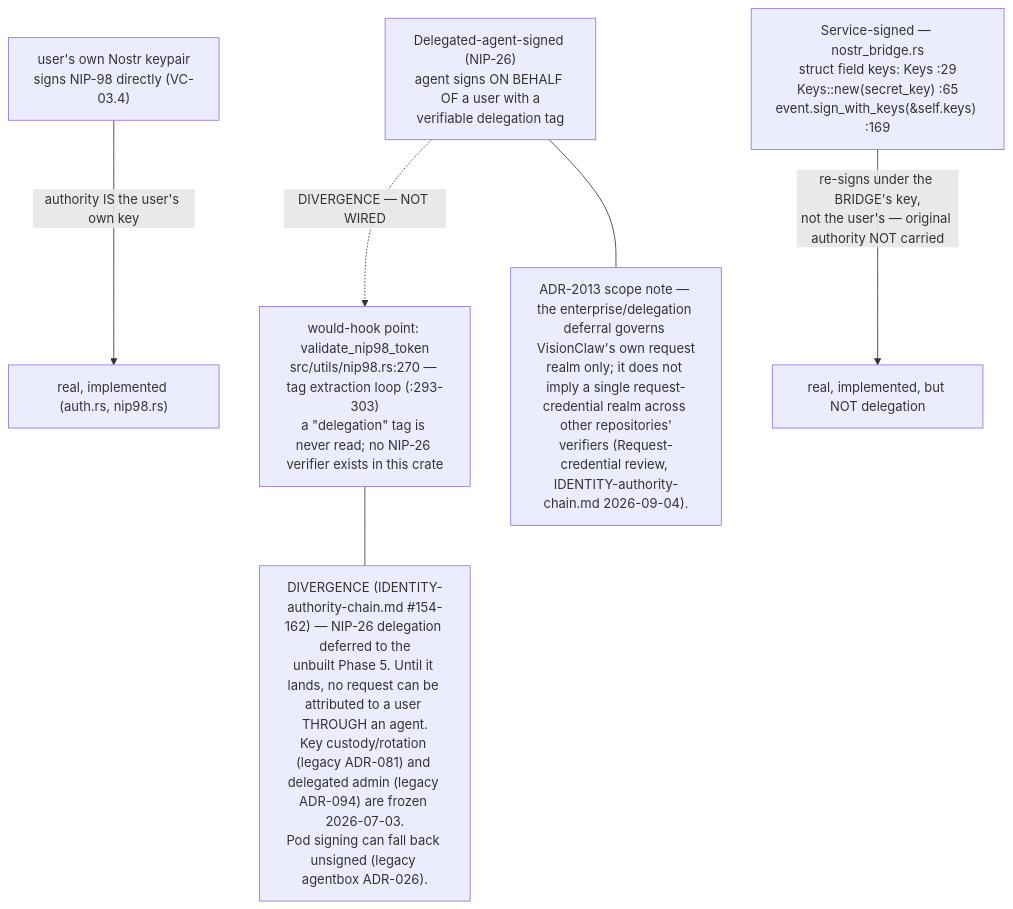
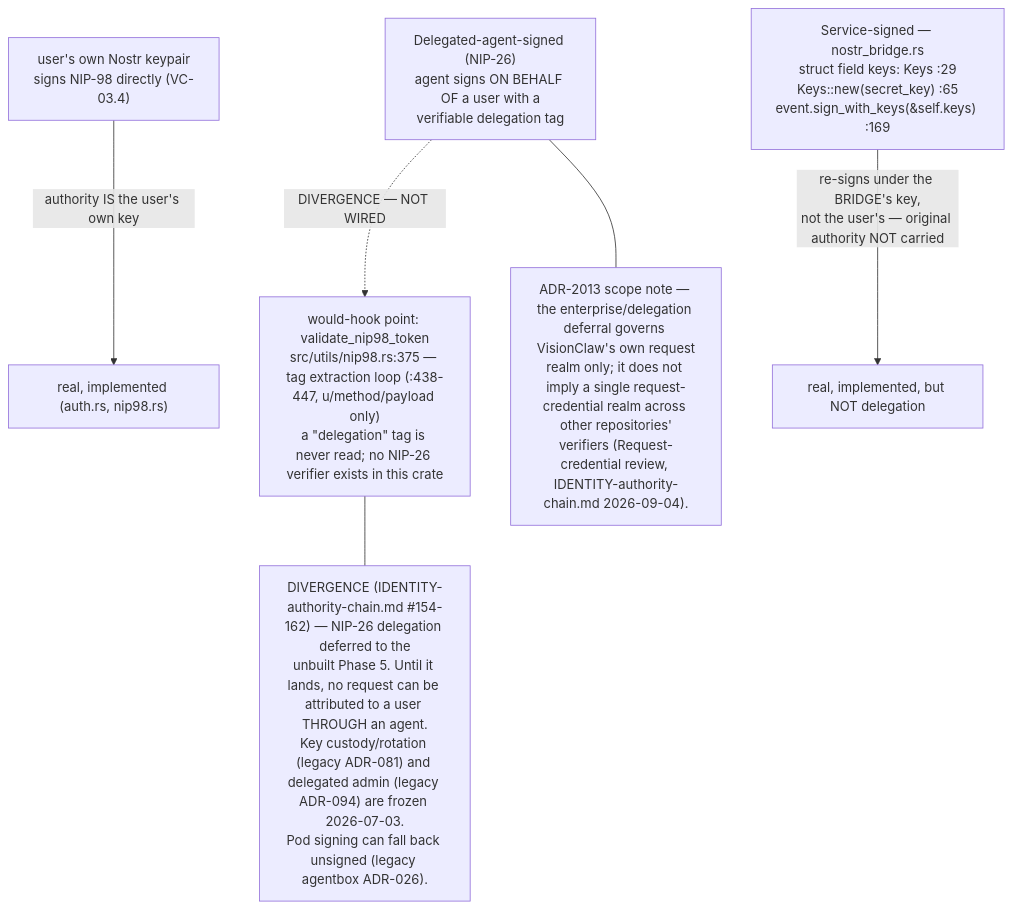
Diagram 16 of 16 in docs/diagrams/visionclaw/03-request-lifecycle-and-rbac.md (DreamLab-AI/VisionFlow), drawn with Mermaid before and after one commit. The commit also changed other lines of this file and 185 other files, not shown here.

Commit message:
docs(estate): reconcile diagrams and ADRs with source and define closeout sprint

````diff
--- a/docs/diagrams/visionclaw/03-request-lifecycle-and-rbac.md
+++ b/docs/diagrams/visionclaw/03-request-lifecycle-and-rbac.md
@@ -586,14 +587,14 @@
 ```mermaid
 flowchart TB
     U["user's own Nostr keypair<br/>signs NIP-98 directly (VC-03.4)"]
     SS["Service-signed — nostr_bridge.rs<br/>struct field keys: Keys :29<br/>Keys::new(secret_key) :65<br/>event.sign_with_keys(&self.keys) :169"]
     DA["Delegated-agent-signed (NIP-26)<br/>agent signs ON BEHALF OF a user with a<br/>verifiable delegation tag"]
-    HOOK["would-hook point: validate_nip98_token<br/>src/utils/nip98.rs:270 — tag extraction loop (:293-303)<br/>a #quot;delegation#quot; tag is never read; no NIP-26 verifier exists in this crate"]
+    HOOK["would-hook point: validate_nip98_token<br/>src/utils/nip98.rs:375 — tag extraction loop (:438-447, u/method/payload only)<br/>a #quot;delegation#quot; tag is never read; no NIP-26 verifier exists in this crate"]
     U -->|"authority IS the user's own key"| REAL["real, implemented (auth.rs, nip98.rs)"]
     SS -->|"re-signs under the BRIDGE's key,<br/>not the user's — original authority NOT carried"| BRIDGE_REAL["real, implemented, but NOT delegation"]
     DA -.->|"DIVERGENCE — NOT WIRED"| HOOK
     N1["DIVERGENCE (IDENTITY-authority-chain.md #154-162) — NIP-26 delegation deferred to the<br/>unbuilt Phase 5. Until it lands, no request can be attributed to a user THROUGH an agent.<br/>Key custody/rotation (legacy ADR-081) and delegated admin (legacy ADR-094) are frozen 2026-07-03.<br/>Pod signing can fall back unsigned (legacy agentbox ADR-026)."]
     HOOK --- N1
     N2["ADR-2013 scope note — the enterprise/delegation deferral governs VisionClaw's own request<br/>realm only; it does not imply a single request-credential realm across other repositories'<br/>verifiers (Request-credential review, IDENTITY-authority-chain.md 2026-09-04)."]
     DA --- N2
 ```
````
